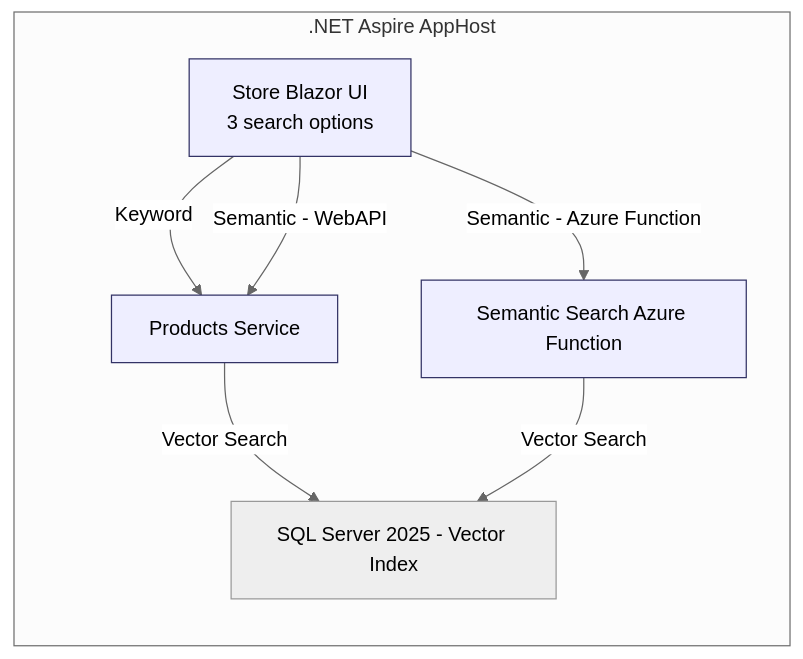
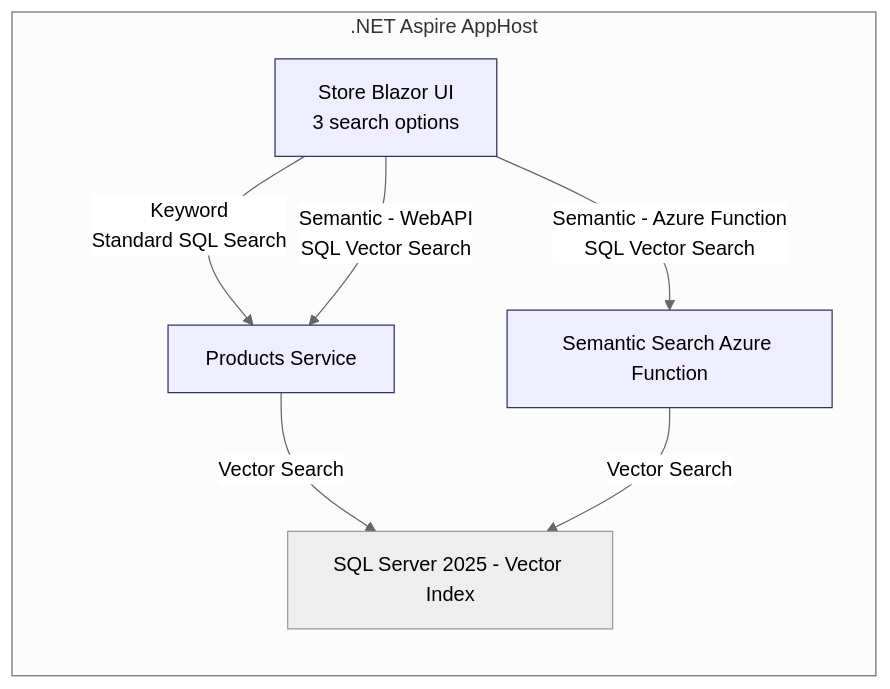
One commit to elbruno/a2aapiredemo changed the first of 2 diagrams in README.md. Above: the diagram before and after it, drawn with Mermaid (neutral theme).

````diff
--- a/README.md
+++ b/README.md
@@ -46,18 +46,18 @@
 ```mermaid
 flowchart LR
      subgraph AppHost[.NET Aspire AppHost]
           Store[Store Blazor UI<br>3 search options]
           Products[Products Service]
           SemanticFn[Semantic Search Azure Function]
           SQL[SQL Server 2025 - Vector Index]
      end
 
-     Store -->|Keyword| Products
-     Store -->|Semantic - WebAPI| Products
-     Store -->|Semantic - Azure Function| SemanticFn
+     Store -->|Keyword<br>Standard SQL Search| Products
+     Store -->|Semantic - WebAPI<br>SQL Vector Search| Products
+     Store -->|Semantic - Azure Function<br>SQL Vector Search| SemanticFn
      Products -->|Vector Search| SQL
      SemanticFn -->|Vector Search| SQL
 
      classDef svc fill:#eef,stroke:#336;
      class Store,Products,SemanticFn svc;
 ```
````
